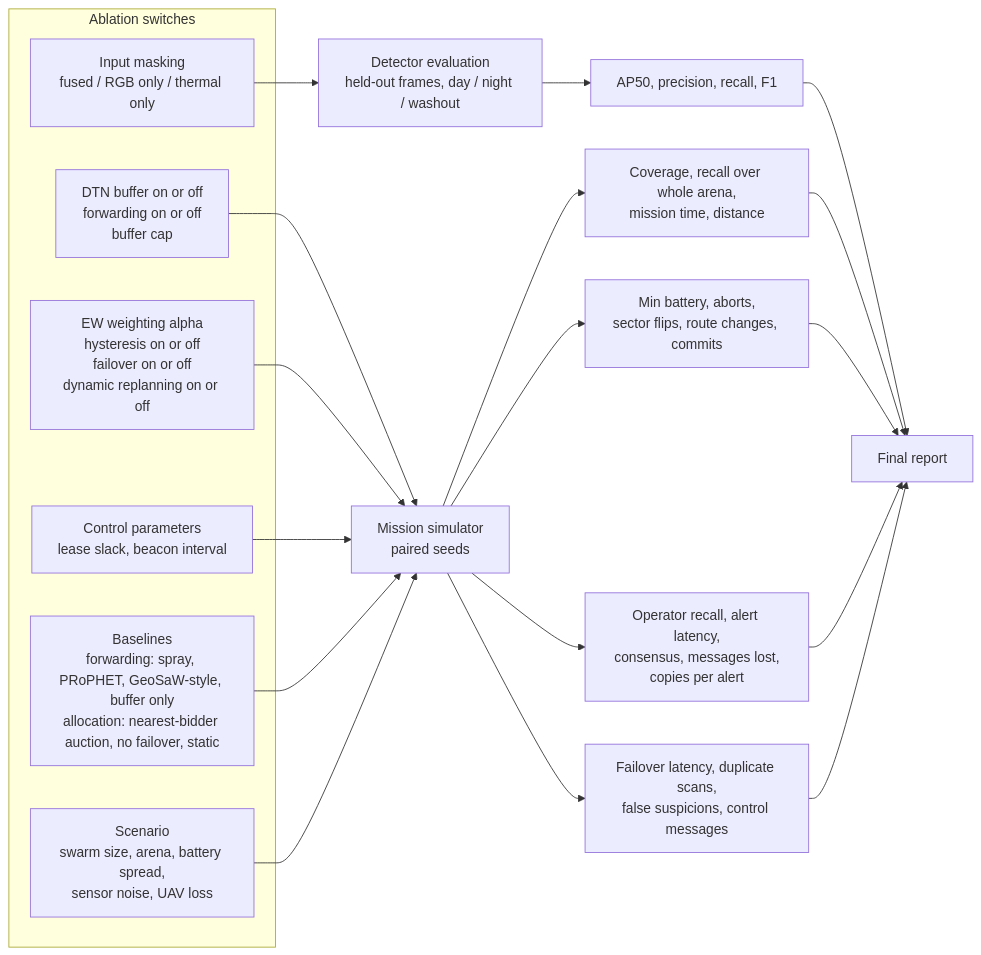
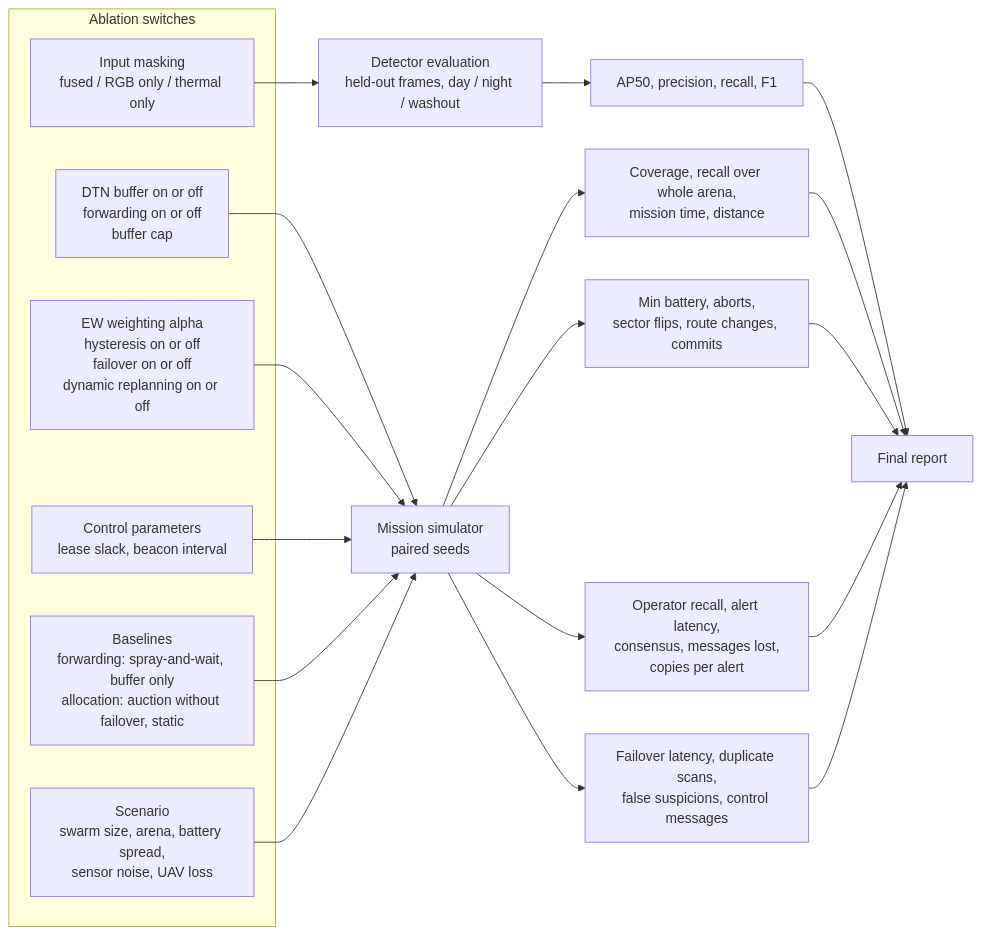
One commit to CodeWithDevesh/FlyNetSim changed diagram 11 of 11 in docs/ARCHITECTURE_PROPOSAL.md. Above: the diagram before and after it, drawn with Mermaid. The commit also changed other lines of this file and 59 other files, not shown here.

````diff
--- a/docs/ARCHITECTURE_PROPOSAL.md
+++ b/docs/ARCHITECTURE_PROPOSAL.md
@@ -358,30 +354,30 @@
 ```mermaid
 flowchart LR
   subgraph KNOBS["Ablation switches"]
     K1["Input masking<br/>fused / RGB only / thermal only"]
     K2["DTN buffer on or off<br/>forwarding on or off<br/>buffer cap"]
     K3["EW weighting alpha<br/>hysteresis on or off<br/>failover on or off<br/>dynamic replanning on or off"]
     K4["Control parameters<br/>lease slack, beacon interval"]
-    K5["Baselines<br/>forwarding: spray, PRoPHET, GeoSaW-style, buffer only<br/>allocation: nearest-bidder auction, no failover, static"]
+    K5["Baselines<br/>forwarding: spray-and-wait, buffer only<br/>allocation: auction without failover, static"]
     SC["Scenario<br/>swarm size, arena, battery spread,<br/>sensor noise, UAV loss"]
   end
 
   K1 --> EVAL["Detector evaluation<br/>held-out frames, day / night / washout"]
   K2 --> SIMX["Mission simulator<br/>paired seeds"]
   K3 --> SIMX
   K4 --> SIMX
   K5 --> SIMX
   SC --> SIMX
 
   EVAL --> M1["AP50, precision, recall, F1"]
   SIMX --> M2["Coverage, recall over whole arena,<br/>mission time, distance"]
   SIMX --> M3["Min battery, aborts,<br/>sector flips, route changes, commits"]
   SIMX --> M4["Operator recall, alert latency,<br/>consensus, messages lost,<br/>copies per alert"]
   SIMX --> M5["Failover latency, duplicate scans,<br/>false suspicions, control messages"]
 
   M1 --> REP["Final report"]
   M2 --> REP
   M3 --> REP
   M4 --> REP
   M5 --> REP
 ```
````
